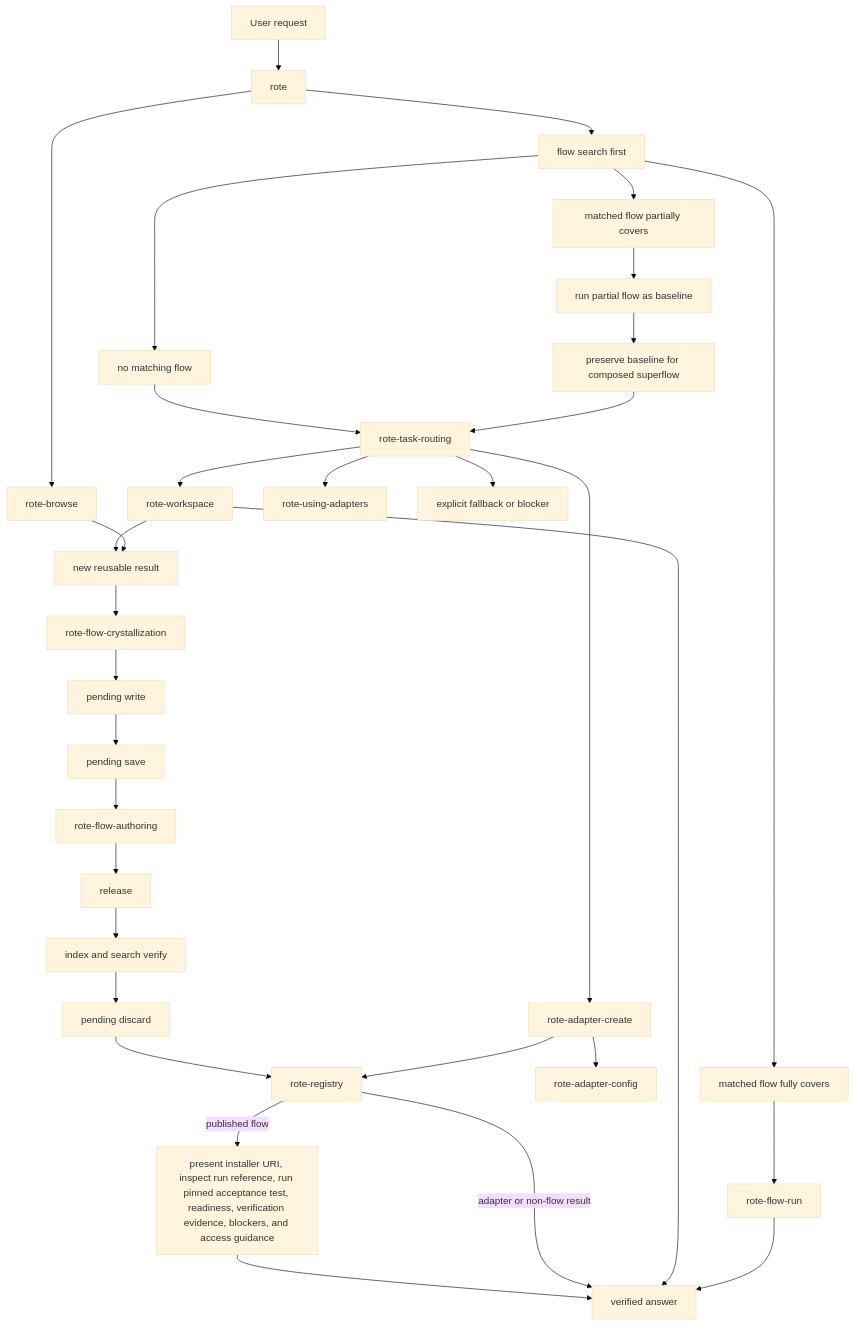
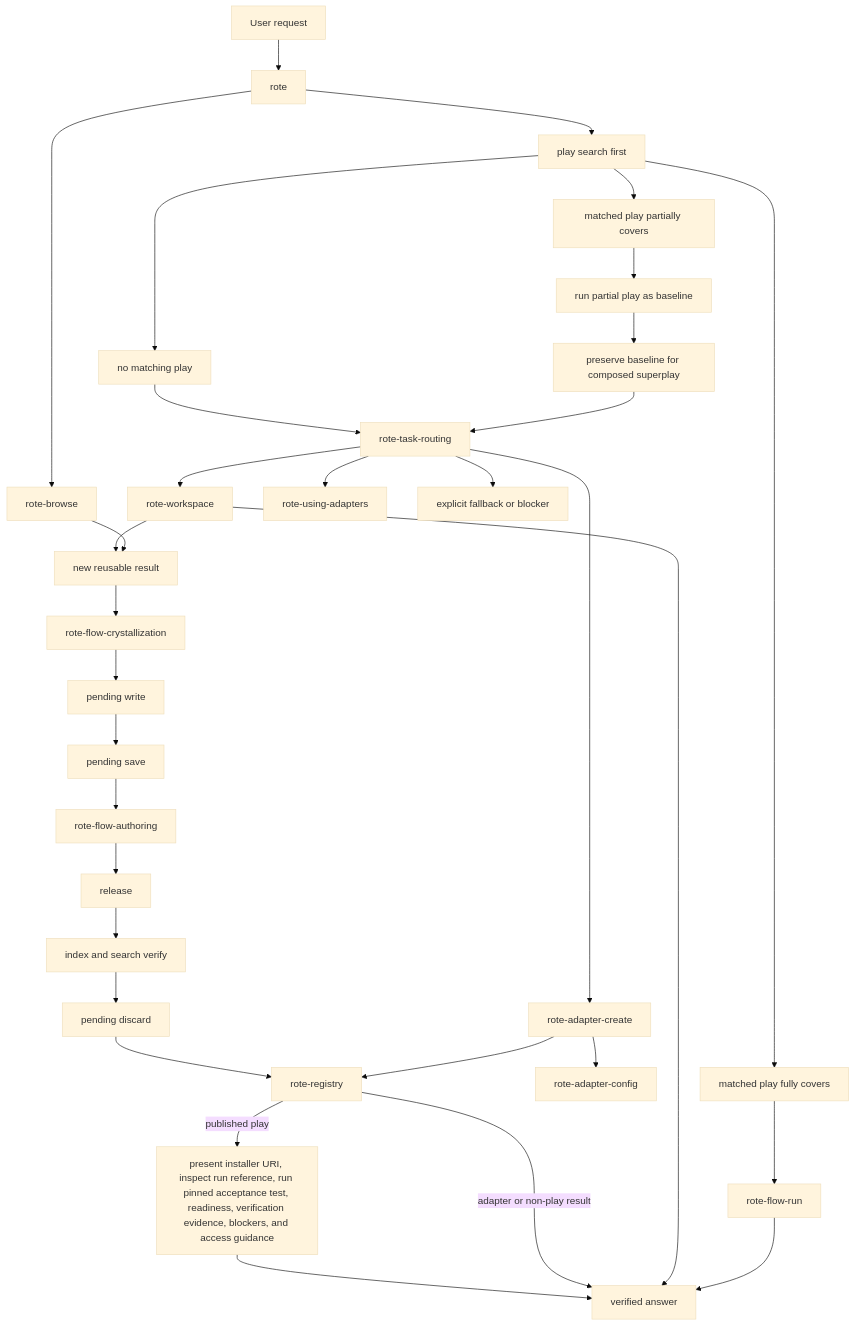
Before and after one commit to modiqo/rote-skills: the diagram in plugins/rote/skills/rote/references/skill-workflow-map.md, drawn with Mermaid (base theme). The commit also changed other lines of this file and 31 other files, not shown here.

````diff
--- a/plugins/rote/skills/rote/references/skill-workflow-map.md
+++ b/plugins/rote/skills/rote/references/skill-workflow-map.md
@@ -110,35 +110,35 @@
 ```mermaid
 flowchart TD
   Start[User request] --> Orchestrator[rote]
-  Orchestrator --> FlowSearch[flow search first]
+  Orchestrator --> FlowSearch[play search first]
   Orchestrator --> Browser[rote-browse]
-  FlowSearch --> FullFlow[matched flow fully covers]
-  FlowSearch --> PartialFlow[matched flow partially covers]
-  FlowSearch --> NoFlow[no matching flow]
+  FlowSearch --> FullFlow[matched play fully covers]
+  FlowSearch --> PartialFlow[matched play partially covers]
+  FlowSearch --> NoFlow[no matching play]
   FullFlow --> FlowRun[rote-flow-run]
   FlowRun --> Done[verified answer]
-  PartialFlow --> Baseline[run partial flow as baseline]
-  Baseline --> Superflow[preserve baseline for composed superflow]
-  Superflow --> TaskRouting[rote-task-routing]
+  PartialFlow --> Baseline[run partial play as baseline]
+  Baseline --> Superplay[preserve baseline for composed superplay]
+  Superplay --> TaskRouting[rote-task-routing]
   NoFlow --> TaskRouting
   TaskRouting --> Workspace[rote-workspace]
   TaskRouting --> AdapterCreate[rote-adapter-create]
   TaskRouting --> SingleAdapter[rote-using-adapters]
   TaskRouting --> DirectBlock[explicit fallback or blocker]
   AdapterCreate --> Config[rote-adapter-config]
   AdapterCreate --> Registry
   Browser --> Reusable
   Workspace --> Reusable[new reusable result]
   Workspace --> Done
   Reusable --> Crystallize[rote-flow-crystallization]
   Crystallize --> PendingWrite[pending write]
   PendingWrite --> PendingSave[pending save]
   PendingSave --> Author[rote-flow-authoring]
   Author --> Release[release]
   Release --> IndexSearch[index and search verify]
   IndexSearch --> Discard[pending discard]
   Discard --> Registry[rote-registry]
-  Registry -->|published flow| PlayUri[present installer URI, inspect run reference, run pinned acceptance test, readiness, verification evidence, blockers, and access guidance]
-  Registry -->|adapter or non-flow result| Done
+  Registry -->|published play| PlayUri[present installer URI, inspect run reference, run pinned acceptance test, readiness, verification evidence, blockers, and access guidance]
+  Registry -->|adapter or non-play result| Done
   PlayUri --> Done
 ```
````
